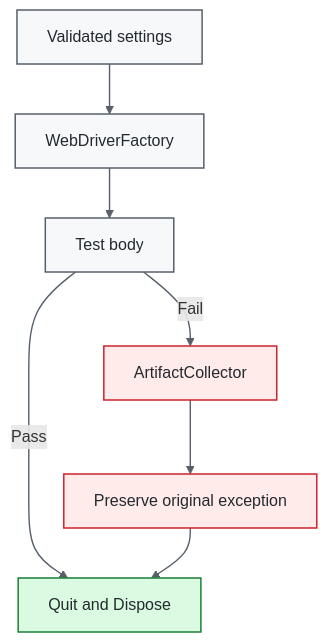
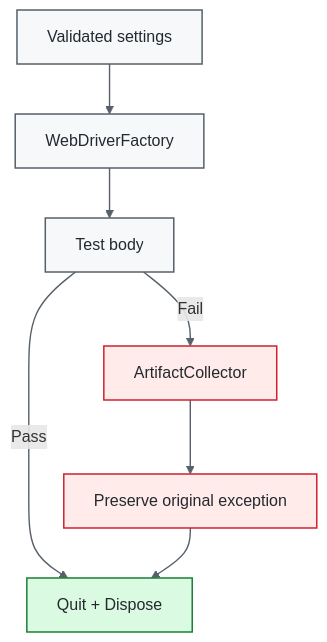
One commit to portyu9/qa-automation-dotnet-selenium changed the second of 2 diagrams in README.md. Above: the diagram before and after it, drawn with Mermaid. The commit also changed other lines of this file, not shown here.

````diff
--- a/README.md
+++ b/README.md
@@ -198,17 +164,17 @@
 ```mermaid
 flowchart TD
     CFG[Validated settings] --> DRIVER[WebDriverFactory]
     DRIVER --> TEST[Test body]
-    TEST -->|Pass| CLEANUP[Quit and Dispose]
+    TEST -->|Pass| CLEANUP[Quit + Dispose]
     TEST -->|Fail| EVIDENCE[ArtifactCollector]
     EVIDENCE --> ERROR[Preserve original exception]
     ERROR --> CLEANUP
 
     classDef lifecycle fill:#f6f8fa,stroke:#57606a,color:#24292f,stroke-width:1.5px;
     classDef success fill:#dafbe1,stroke:#1a7f37,color:#24292f,stroke-width:1.5px;
     classDef failure fill:#ffebe9,stroke:#cf222e,color:#24292f,stroke-width:1.5px;
     class CFG,DRIVER,TEST lifecycle;
     class CLEANUP success;
     class EVIDENCE,ERROR failure;
     linkStyle default stroke:#57606a,stroke-width:1.4px;
 ```
````
